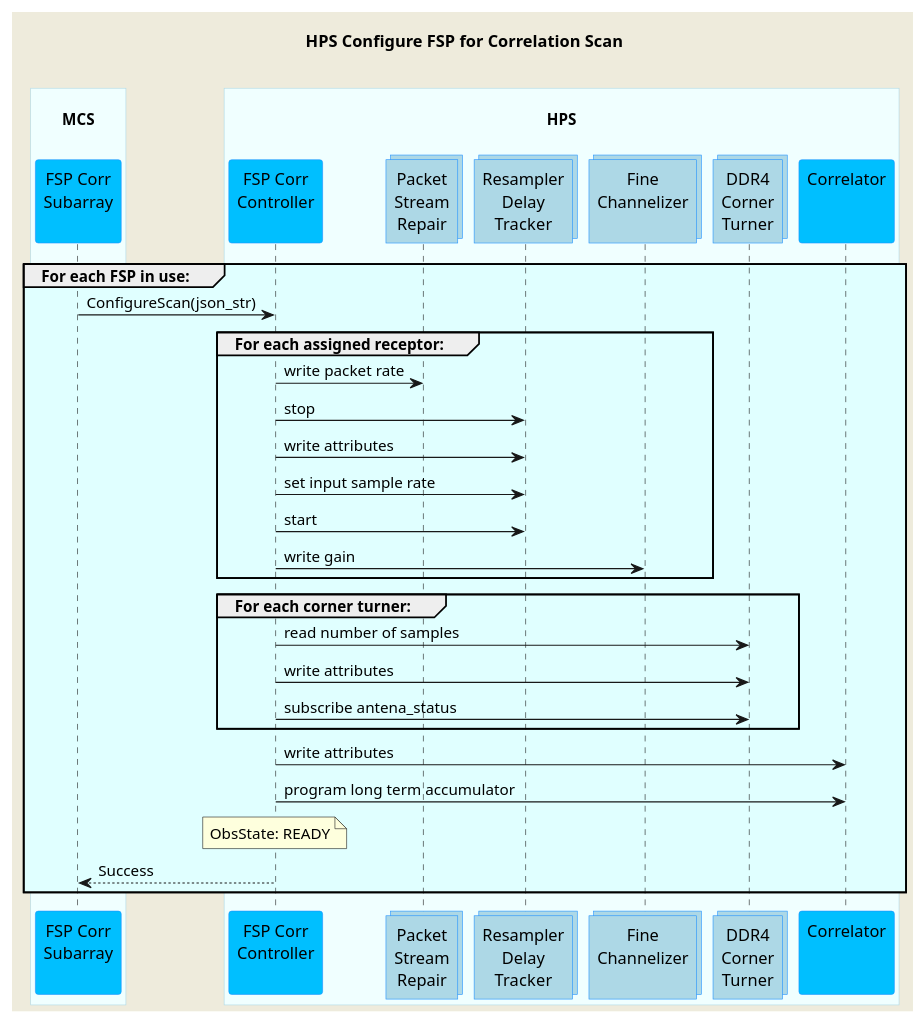
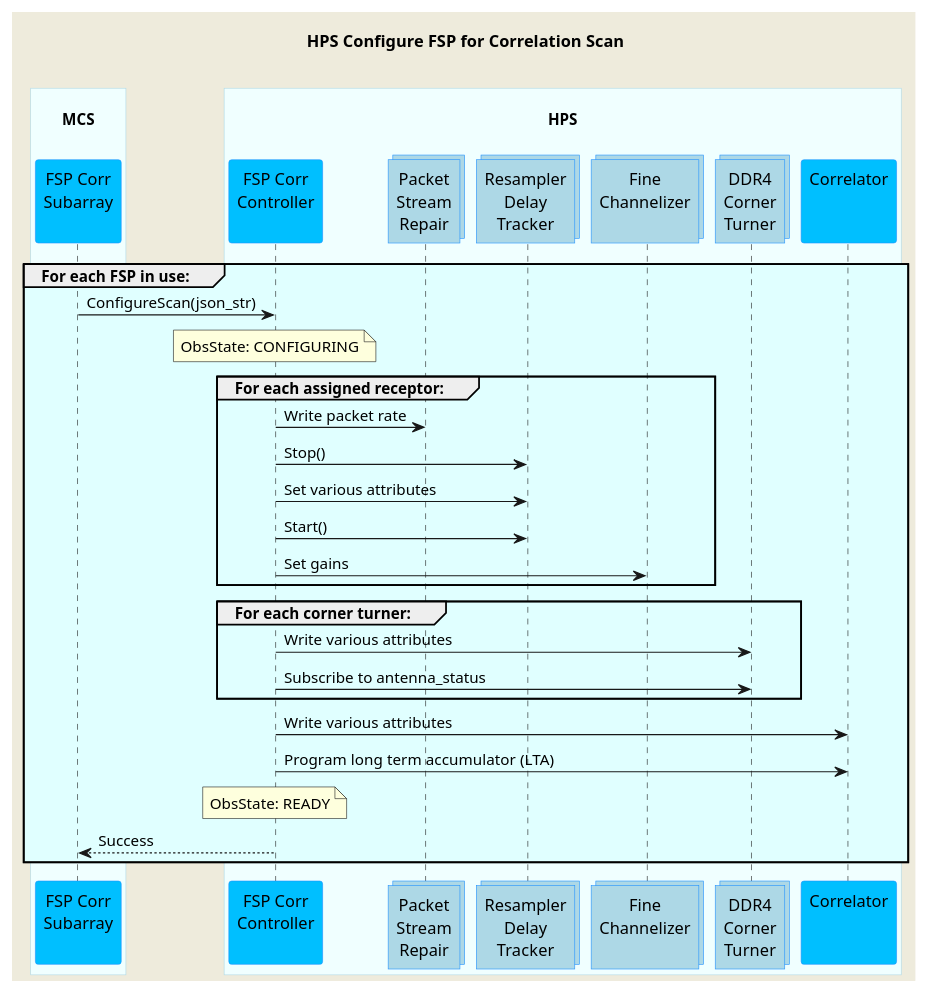
Before and after one commit to ska-telescope/mid-cbf-mcs: the diagram in docs/src/diagrams/configure-scan-hps-fsp.puml, drawn with PlantUML. The commit also changed 9 other files, not shown here.

```diff
--- a/docs/src/diagrams/configure-scan-hps-fsp.puml
+++ b/docs/src/diagrams/configure-scan-hps-fsp.puml
@@ -1,56 +1,55 @@
 @startuml
 'https://plantuml.com/sequence-diagram
 
 skinparam backgroundColor #EEEBDC
 skinparam sequence {
     ParticipantBorderColor DodgerBlue
     ParticipantBackgroundColor DeepSkyBlue
     ActorBorderColor DarkGreen
     ActorBackgroundColor Green
     BoxBorderColor LightBlue
     BoxBackgroundColor #F0FFFF
 }
 skinparam collections {
     BackGroundColor LightBlue
     BorderColor DodgerBlue
 }
 
 title HPS Configure FSP for Correlation Scan\n
 
 box "\nMCS\n"
     participant "FSP Corr\nSubarray\n" as fspcorr
 end box
 box "\nHPS\n"
     participant "FSP Corr\nController\n" as hpsfspcorr
     collections "Packet\nStream\nRepair" as psr
     collections "Resampler\nDelay\nTracker" as rdt
     collections "Fine\nChannelizer\n" as channelizer
     collections "DDR4\nCorner\nTurner" as dct
     participant "Correlator\n\n" as correlator
 end box
 
 group #LightCyan For each FSP in use:
     fspcorr     -> hpsfspcorr   : ConfigureScan(json_str)
+    note over hpsfspcorr       : ObsState: CONFIGURING
 
     group #LightCyan For each assigned receptor:
-        hpsfspcorr  -> psr         : write packet rate
-        hpsfspcorr  -> rdt         : stop
-        hpsfspcorr  -> rdt         : write attributes
-        hpsfspcorr  -> rdt         : set input sample rate
-        hpsfspcorr  -> rdt         : start
-        hpsfspcorr  -> channelizer : write gain
+        hpsfspcorr  -> psr         : Write packet rate
+        hpsfspcorr  -> rdt         : Stop()
+        hpsfspcorr  -> rdt         : Set various attributes
+        hpsfspcorr  -> rdt         : Start()
+        hpsfspcorr  -> channelizer : Set gains
     end group
 
     group #LightCyan For each corner turner:
-        hpsfspcorr  -> dct  : read number of samples
-        hpsfspcorr  -> dct  : write attributes
-        hpsfspcorr  -> dct  : subscribe antena_status
+        hpsfspcorr  -> dct  : Write various attributes
+        hpsfspcorr  -> dct  : Subscribe to antenna_status
     end group
 
-    hpsfspcorr  -> correlator   : write attributes
-    hpsfspcorr  -> correlator   : program long term accumulator
+    hpsfspcorr  -> correlator   : Write various attributes
+    hpsfspcorr  -> correlator   : Program long term accumulator (LTA)
     note over hpsfspcorr        : ObsState: READY
     hpsfspcorr  --> fspcorr     : Success
 end group
 
 @enduml
```
